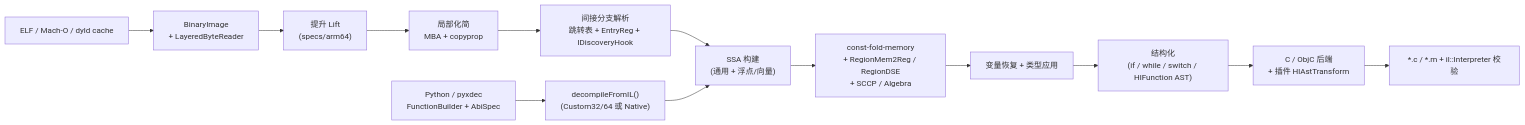
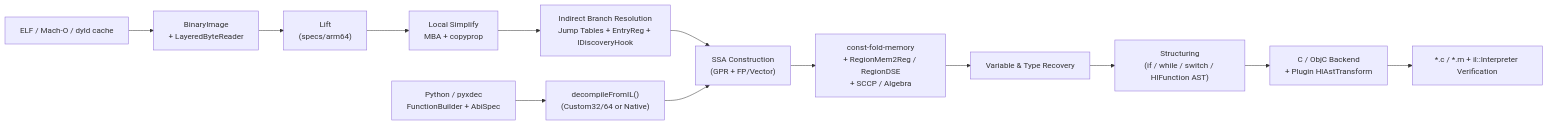
One commit to zhuzhu-Top/xdec changed the diagram in README.md. Above: the diagram before and after it, drawn with Mermaid. The commit also changed other lines of this file and 4 other files, not shown here.

````diff
--- a/README.md
+++ b/README.md
@@ -143,15 +163,15 @@
 ```mermaid
 flowchart LR
   BIN["ELF / Mach-O / dyld cache"] --> LOAD["BinaryImage\n+ LayeredByteReader"]
-  LOAD --> LIFT["提升 Lift\n(specs/arm64)"]
-  PY["Python / pyxdec\nFunctionBuilder + AbiSpec"] --> MID["decompileFromIL()\n(Custom32/64 或 Native)"]
-  LIFT --> LOCAL["局部化简\nMBA + copyprop"]
-  LOCAL --> RESOLVE["间接分支解析\n跳转表 + EntryReg + IDiscoveryHook"]
-  RESOLVE --> SSA["SSA 构建\n(通用 + 浮点/向量)"]
+  LOAD --> LIFT["Lift\n(specs/arm64)"]
+  PY["Python / pyxdec\nFunctionBuilder + AbiSpec"] --> MID["decompileFromIL()\n(Custom32/64 or Native)"]
+  LIFT --> LOCAL["Local Simplify\nMBA + copyprop"]
+  LOCAL --> RESOLVE["Indirect Branch Resolution\nJump Tables + EntryReg + IDiscoveryHook"]
+  RESOLVE --> SSA["SSA Construction\n(GPR + FP/Vector)"]
   MID --> SSA
   SSA --> OPT["const-fold-memory\n+ RegionMem2Reg / RegionDSE\n+ SCCP / Algebra"]
-  OPT --> VARS["变量恢复 + 类型应用"]
-  VARS --> STRUCT["结构化\n(if / while / switch / HlFunction AST)"]
-  STRUCT --> EMIT["C / ObjC 后端\n+ 插件 HlAstTransform"]
-  EMIT --> OUT["*.c / *.m + il::Interpreter 校验"]
+  OPT --> VARS["Variable & Type Recovery"]
+  VARS --> STRUCT["Structuring\n(if / while / switch / HlFunction AST)"]
+  STRUCT --> EMIT["C / ObjC Backend\n+ Plugin HlAstTransform"]
+  EMIT --> OUT["*.c / *.m + il::Interpreter Verification"]
 ```
````
